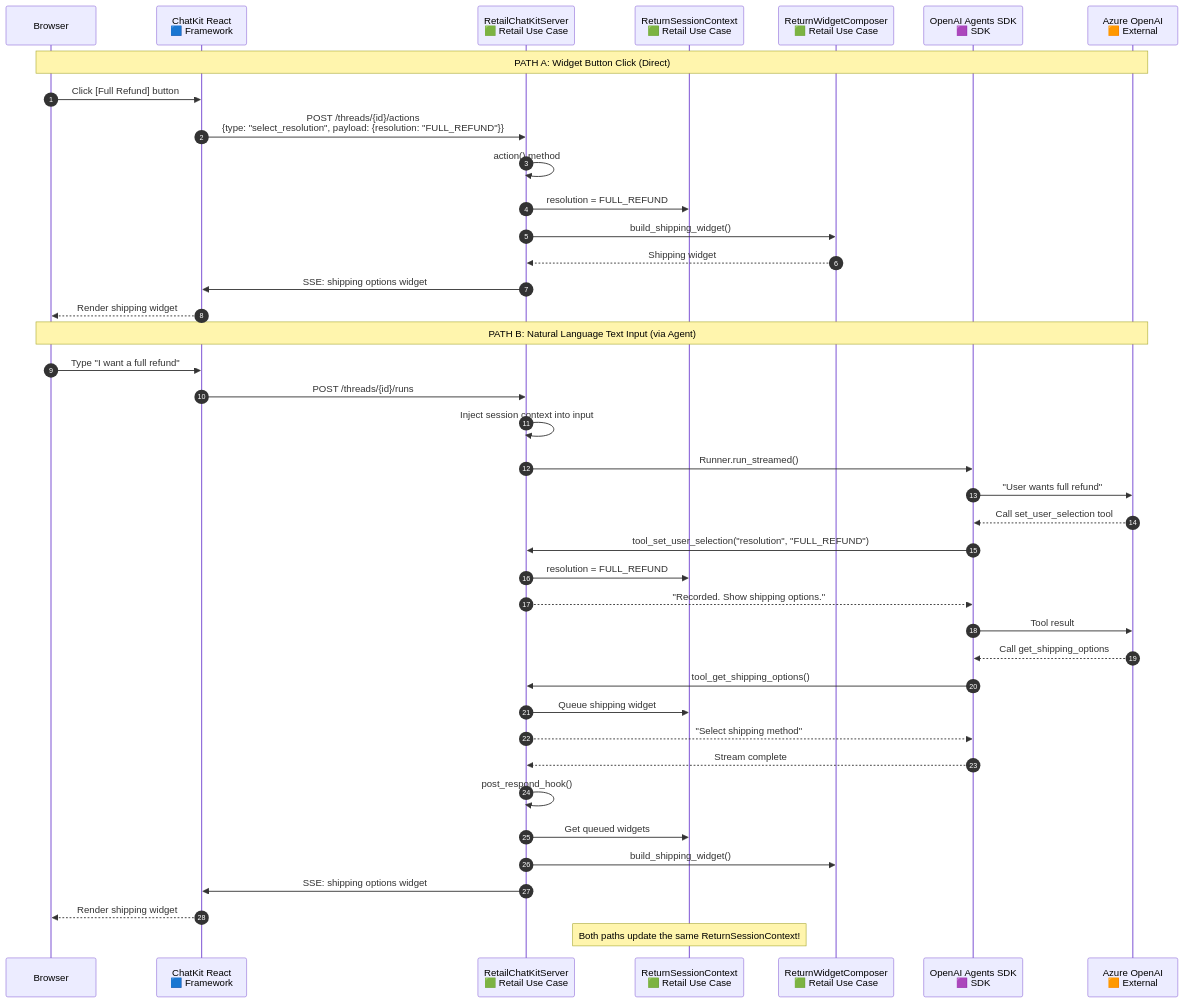
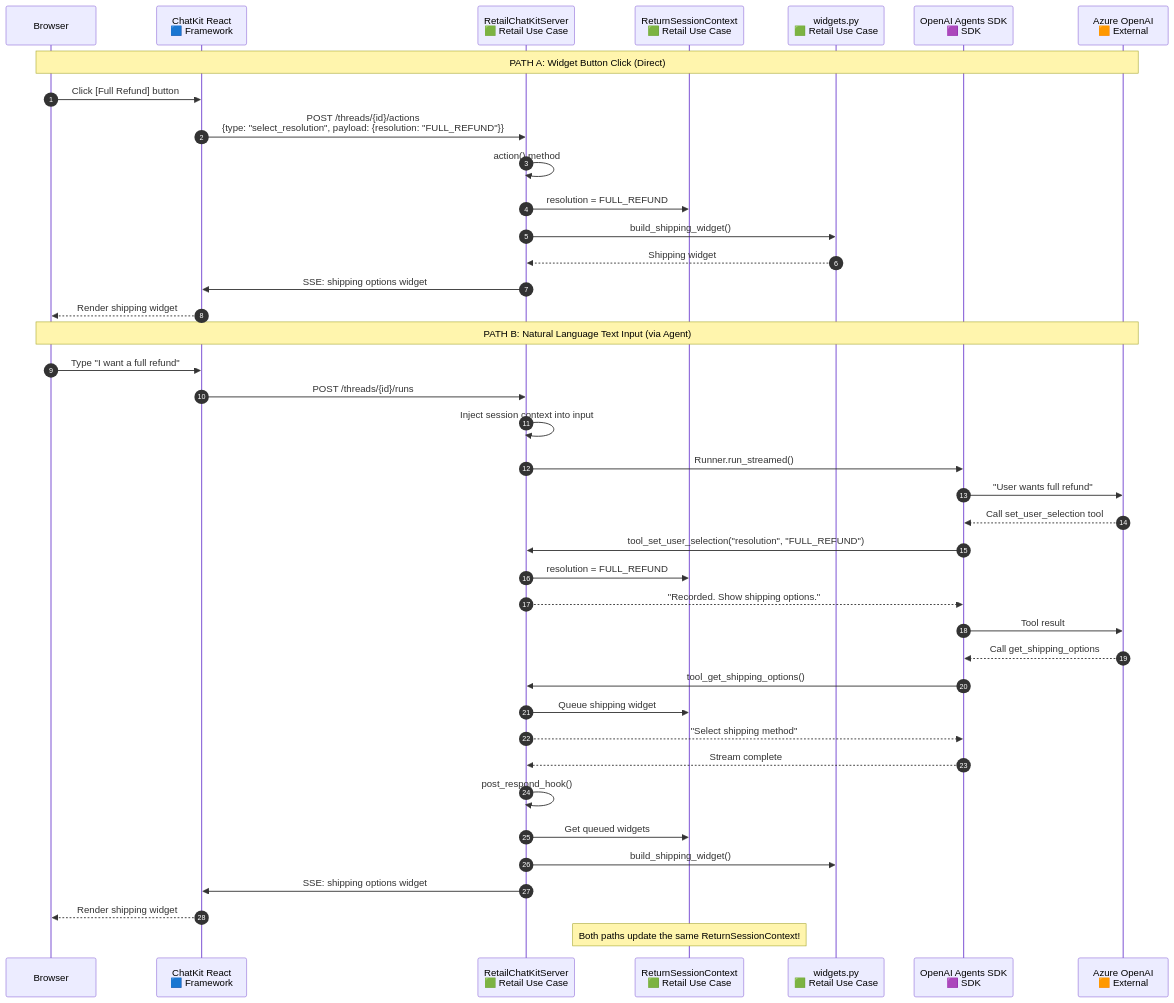
The sixth of 9 diagrams in docs/DIAGRAMS.md (MSFT-Innovation-Hub-India/Chatkit-Order-Return-Sample), drawn with Mermaid before and after one commit. The commit also changed other lines of this file and 7 other files, not shown here.

````diff
--- a/docs/DIAGRAMS.md
+++ b/docs/DIAGRAMS.md
@@ -542,48 +461,48 @@
 ```mermaid
 sequenceDiagram
     autonumber
     
     participant Browser
     participant ChatKitReact as ChatKit React<br/>🟦 Framework
     participant RetailServer as RetailChatKitServer<br/>🟩 Retail Use Case
     participant SessionCtx as ReturnSessionContext<br/>🟩 Retail Use Case
-    participant WidgetComposer as ReturnWidgetComposer<br/>🟩 Retail Use Case
+    participant Widgets as widgets.py<br/>🟩 Retail Use Case
     participant AgentSDK as OpenAI Agents SDK<br/>🟪 SDK
     participant AzureOpenAI as Azure OpenAI<br/>🟧 External
 
     Note over Browser,AzureOpenAI: PATH A: Widget Button Click (Direct)
 
     Browser->>ChatKitReact: Click [Full Refund] button
     ChatKitReact->>RetailServer: POST /threads/{id}/actions<br/>{type: "select_resolution", payload: {resolution: "FULL_REFUND"}}
     RetailServer->>RetailServer: action() method
     RetailServer->>SessionCtx: resolution = FULL_REFUND
-    RetailServer->>WidgetComposer: build_shipping_widget()
-    WidgetComposer-->>RetailServer: Shipping widget
+    RetailServer->>Widgets: build_shipping_widget()
+    Widgets-->>RetailServer: Shipping widget
     RetailServer->>ChatKitReact: SSE: shipping options widget
     ChatKitReact-->>Browser: Render shipping widget
 
     Note over Browser,AzureOpenAI: PATH B: Natural Language Text Input (via Agent)
 
     Browser->>ChatKitReact: Type "I want a full refund"
     ChatKitReact->>RetailServer: POST /threads/{id}/runs
     RetailServer->>RetailServer: Inject session context into input
     RetailServer->>AgentSDK: Runner.run_streamed()
     AgentSDK->>AzureOpenAI: "User wants full refund"
     AzureOpenAI-->>AgentSDK: Call set_user_selection tool
     AgentSDK->>RetailServer: tool_set_user_selection("resolution", "FULL_REFUND")
     RetailServer->>SessionCtx: resolution = FULL_REFUND
     RetailServer-->>AgentSDK: "Recorded. Show shipping options."
     AgentSDK->>AzureOpenAI: Tool result
     AzureOpenAI-->>AgentSDK: Call get_shipping_options
     AgentSDK->>RetailServer: tool_get_shipping_options()
     RetailServer->>SessionCtx: Queue shipping widget
     RetailServer-->>AgentSDK: "Select shipping method"
     AgentSDK-->>RetailServer: Stream complete
     RetailServer->>RetailServer: post_respond_hook()
     RetailServer->>SessionCtx: Get queued widgets
-    RetailServer->>WidgetComposer: build_shipping_widget()
+    RetailServer->>Widgets: build_shipping_widget()
     RetailServer->>ChatKitReact: SSE: shipping options widget
     ChatKitReact-->>Browser: Render shipping widget
 
     Note over SessionCtx: Both paths update the same ReturnSessionContext!
 ```
````
